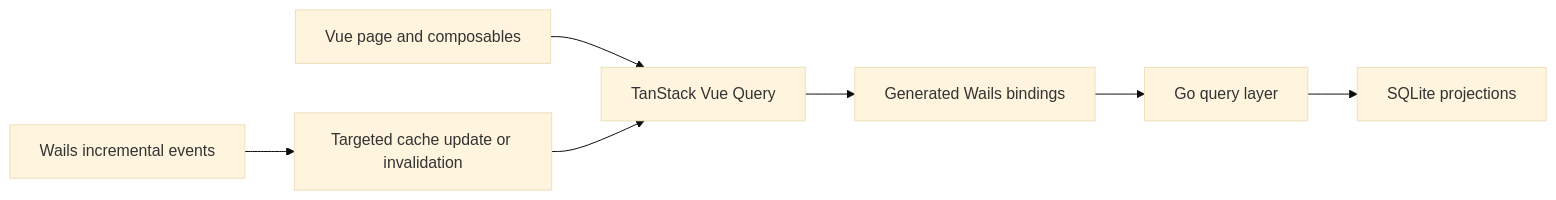
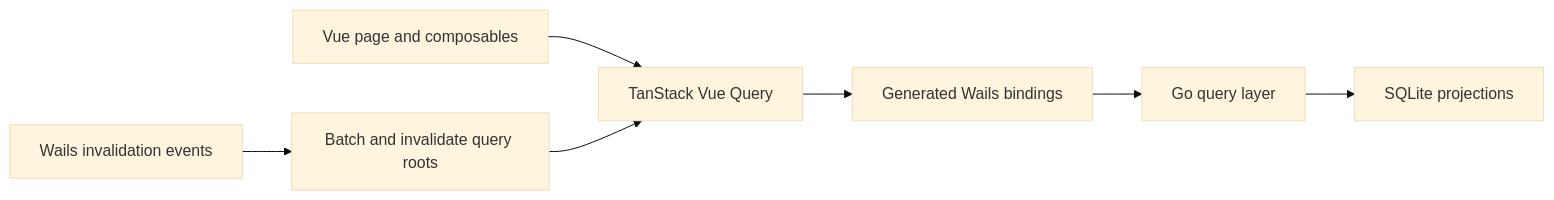
One commit to SisyphusSQ/codex-pulse changed the second of 2 diagrams in docs/design/details/architecture/README.md. Above: the diagram before and after it, drawn with Mermaid (base theme). The commit also changed other lines of this file and 23 other files, not shown here.

Commit message:
feat: 新增 Wails 失效事件与 Vue Query 缓存 (TOO-271)

````diff
--- a/docs/design/details/architecture/README.md
+++ b/docs/design/details/architecture/README.md
@@ -95,9 +105,9 @@
 ```mermaid
 flowchart LR
     A["Vue page and composables"] --> B["TanStack Vue Query"]
     B --> C["Generated Wails bindings"]
     C --> D["Go query layer"]
     D --> E["SQLite projections"]
-    F["Wails incremental events"] --> G["Targeted cache update or invalidation"]
+    F["Wails invalidation events"] --> G["Batch and invalidate query roots"]
     G --> B
 ```
````
